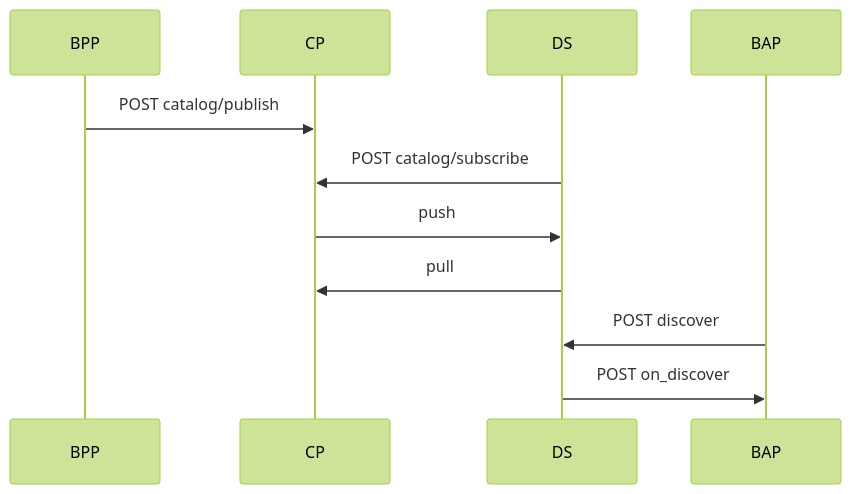
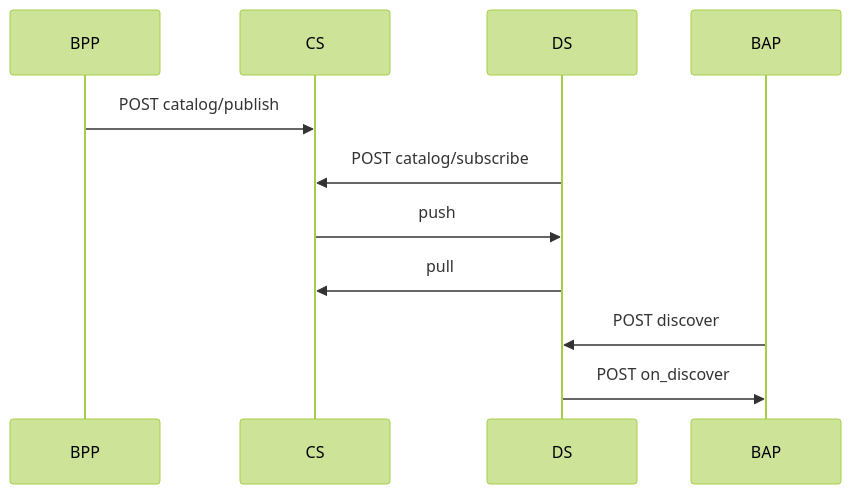
One commit to beckn/protocol-specifications-v2 changed the fourth of 4 diagrams in docs/03_The_Beckn_Protocol_Stack.md. Above: the diagram before and after it, drawn with Mermaid (forest theme). The commit also changed other lines of this file, not shown here.

````diff
--- a/docs/03_The_Beckn_Protocol_Stack.md
+++ b/docs/03_The_Beckn_Protocol_Stack.md
@@ -193,15 +193,15 @@
 ```mermaid
 sequenceDiagram
     participant BPP
-    participant CP
+    participant CS
     participant DS
     participant BAP
 
-    BPP->>CP: POST catalog/publish
-    DS->>CP: POST catalog/subscribe
-    CP->>DS: push
-    DS->>CP: pull
+    BPP->>CS: POST catalog/publish
+    DS->>CS: POST catalog/subscribe
+    CS->>DS: push
+    DS->>CS: pull
     BAP->>DS: POST discover
     DS->>BAP: POST on_discover
 
 ```
````
